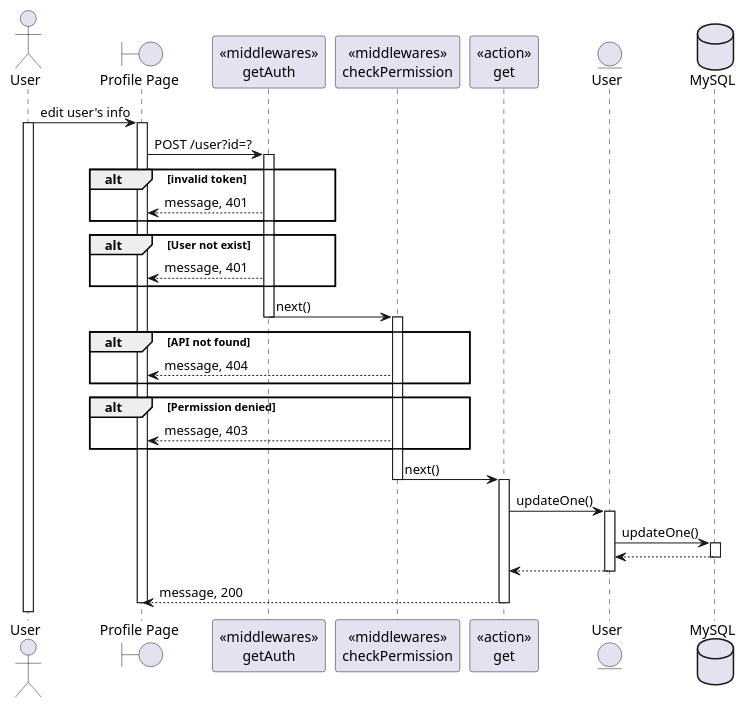
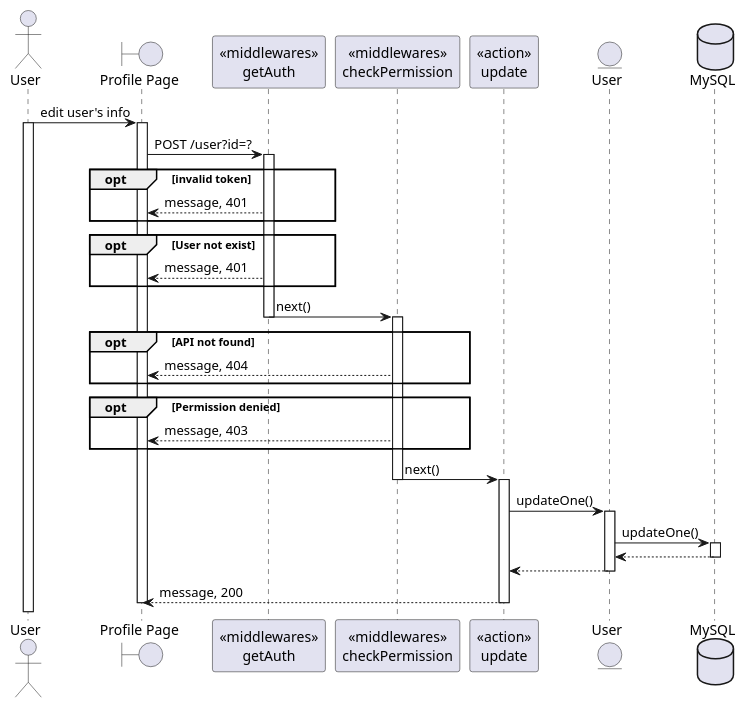
Before and after one commit to BunnyButtpowder/TeleLink-Original: the diagram in SequeceDiagram/user/update.wsd, drawn with PlantUML. The commit also changed 13 other files, not shown here.

Commit message:
fix update call result api and add some sequence diagram

```diff
--- a/SequeceDiagram/user/update.wsd
+++ b/SequeceDiagram/user/update.wsd
@@ -1,46 +1,46 @@
 @startuml
 actor User
 boundary "Profile Page" as Client
 participant "<<middlewares>>\ngetAuth" as mid1
 participant "<<middlewares>>\ncheckPermission" as mid2
-participant "<<action>>\nget" as Controller
+participant "<<action>>\nupdate" as Controller
 entity "User" as Model
 database "MySQL" as DB
 
 User -> Client: edit user's info
 activate User
 activate Client
 Client -> mid1: POST /user?id=?
 activate mid1
-alt invalid token
+opt invalid token
     mid1 --> Client: message, 401
 end
-alt User not exist
+opt User not exist
     mid1 --> Client: message, 401
 end
 mid1 -> mid2: next()
 deactivate mid1
 activate mid2
-alt API not found
+opt API not found
     mid2 --> Client: message, 404
 end
-alt Permission denied
+opt Permission denied
     mid2 --> Client: message, 403
 end
 mid2 -> Controller: next()
 deactivate mid2
 activate Controller
 Controller -> Model: updateOne()
 activate Model
 Model -> DB: updateOne()
 activate DB
 DB --> Model
 deactivate DB
 Model --> Controller
 deactivate Model
 Controller --> Client: message, 200
 deactivate Controller
 
 deactivate Client
 
 @enduml
```
